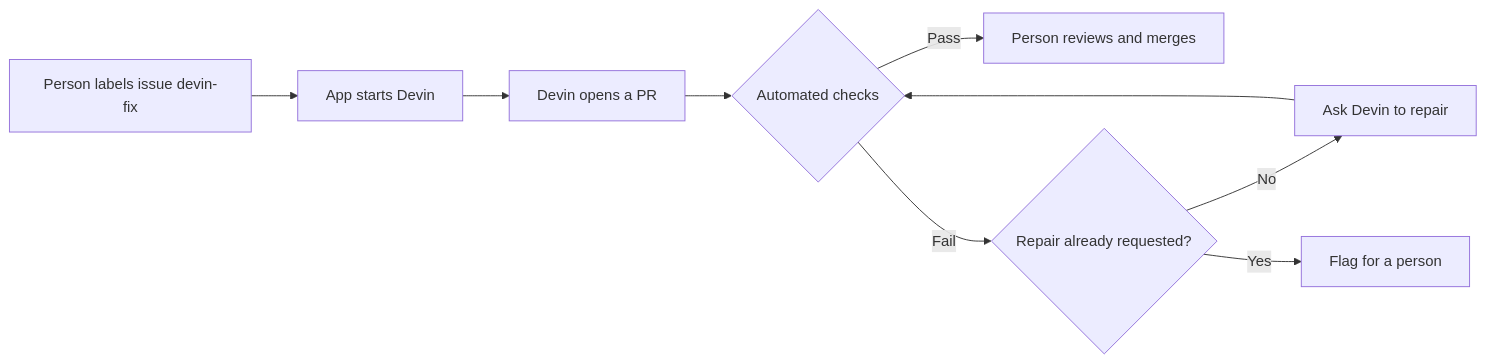
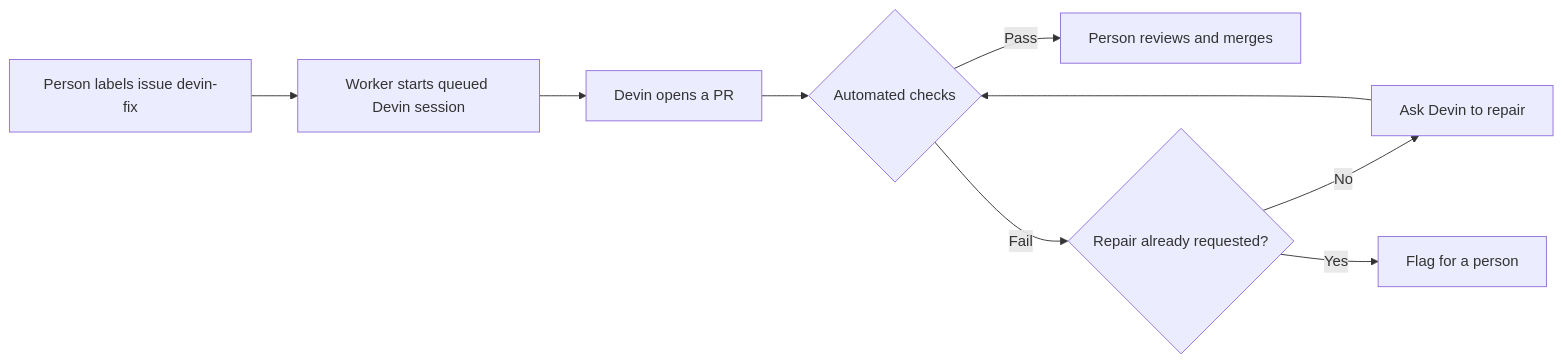
One commit to haveitjoewei/devin-superset-automation changed the diagram in docs/ARCHITECTURE.md. Above: the diagram before and after it, drawn with Mermaid. The commit also changed other lines of this file and 29 other files, not shown here.

````diff
--- a/docs/ARCHITECTURE.md
+++ b/docs/ARCHITECTURE.md
@@ -18,11 +18,11 @@
 ```mermaid
 flowchart LR
-  A[Person labels issue devin-fix] --> B[App starts Devin]
+  A[Person labels issue devin-fix] --> B[Worker starts queued Devin session]
   B --> C[Devin opens a PR]
   C --> D{Automated checks}
   D -->|Pass| E[Person reviews and merges]
   D -->|Fail| F{Repair already requested?}
   F -->|No| G[Ask Devin to repair]
   G --> D
   F -->|Yes| H[Flag for a person]
 ```
````
